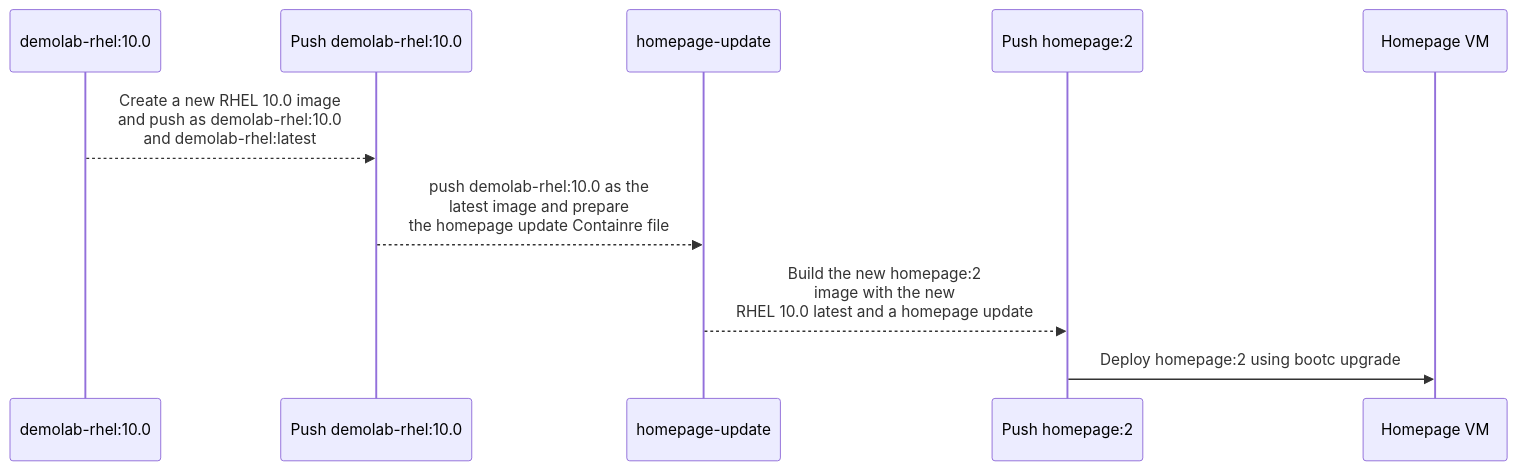
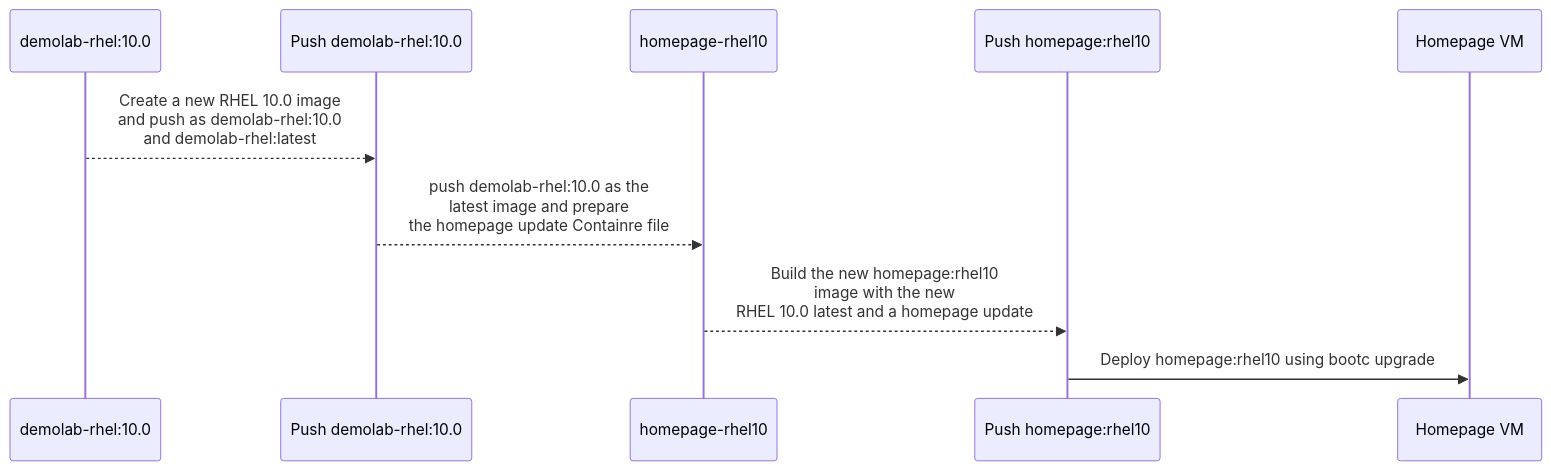
Before and after one commit to jvdbreggen/imagemodedemo: the eighth of 10 diagrams in README.md, drawn with Mermaid. The commit also changed other lines of this file, not shown here.

````diff
--- a/README.md
+++ b/README.md
@@ -547,17 +592,17 @@
 ```mermaid
 sequenceDiagram
     %% Actors
     %% participant Demolab96 as demolab-rhel:9.6-1747275992
     %% participant VMRHEL10UpgradeLatest as VM RHEL 10.0 upgrade latest
     participant Demolab10 as demolab-rhel:10.0
     participant PushRHEL10 as Push demolab-rhel:10.0
-    participant HomepageUpdate as homepage-update
-    participant PushHomepageUpdate as Push homepage:2
+    participant HomepageUpdate as homepage-rhel10
+    participant PushHomepageUpdate as Push homepage:rhel10
     participant HomepageVM as Homepage VM
 
     %% RHEL 10 path
     Demolab10-->>PushRHEL10: Create a new RHEL 10.0 image<br/>and push as demolab-rhel:10.0<br/>and demolab-rhel:latest
     PushRHEL10-->>HomepageUpdate: push demolab-rhel:10.0 as the<br/>latest image and prepare<br/>the homepage update Containre file
-    HomepageUpdate-->>PushHomepageUpdate: Build the new homepage:2<br/>image with the new<br/>RHEL 10.0 latest and a homepage update
-    PushHomepageUpdate->>HomepageVM: Deploy homepage:2 using bootc upgrade
+    HomepageUpdate-->>PushHomepageUpdate: Build the new homepage:rhel10<br/>image with the new<br/>RHEL 10.0 latest and a homepage update
+    PushHomepageUpdate->>HomepageVM: Deploy homepage:rhel10 using bootc upgrade
 ```
````
